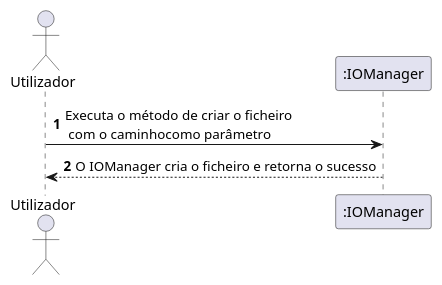
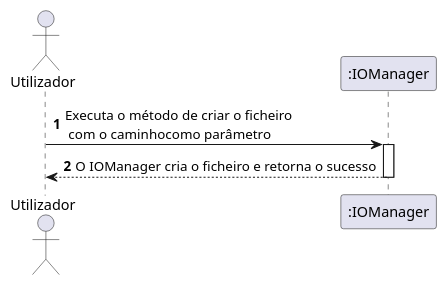
One commit to Barbatos-Rex/IOLib changed the diagram in docs/UC1_SSD.puml. Above: the diagram before and after it, drawn with PlantUML. The commit also changed 18 other files, not shown here.

```diff
--- a/docs/UC1_SSD.puml
+++ b/docs/UC1_SSD.puml
@@ -1,13 +1,13 @@
 @startuml
 actor Utilizador as u
 
 participant ":IOManager" as io
 
 autonumber
 u-> io : Executa o método de criar o ficheiro\n com o caminhocomo parâmetro
+activate io
 io --> u : O IOManager cria o ficheiro e retorna o sucesso
-
-
+deactivate
 
 
 @enduml
```
